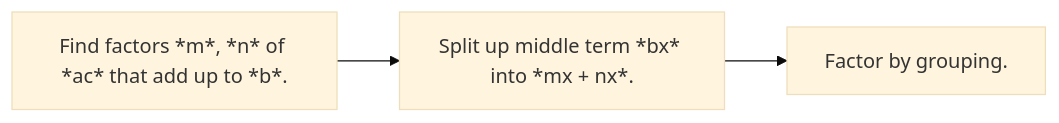
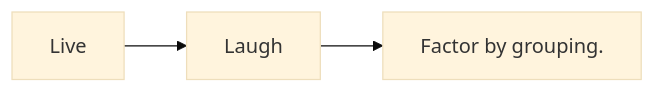
Before and after one commit to jkeneda/jupyter-math-book: the second of 2 diagrams in _sources/docs/development-stuff/math-tests.md, drawn with Mermaid (base theme). The commit also changed other lines of this file and 6 other files, not shown here.

````diff
--- a/_sources/docs/development-stuff/math-tests.md
+++ b/_sources/docs/development-stuff/math-tests.md
@@ -20,5 +20,5 @@
 ```{mermaid}
     flowchart LR
-        A[Find factors *m*, *n* of *ac* that add up to *b*.] --> B[Split up middle term *bx* into *mx + nx*.]
-        B --> C[Factor by grouping.]
+        A[Live] --> B[Laugh]
+            B --> C[Factor by grouping.]
 ```
````
